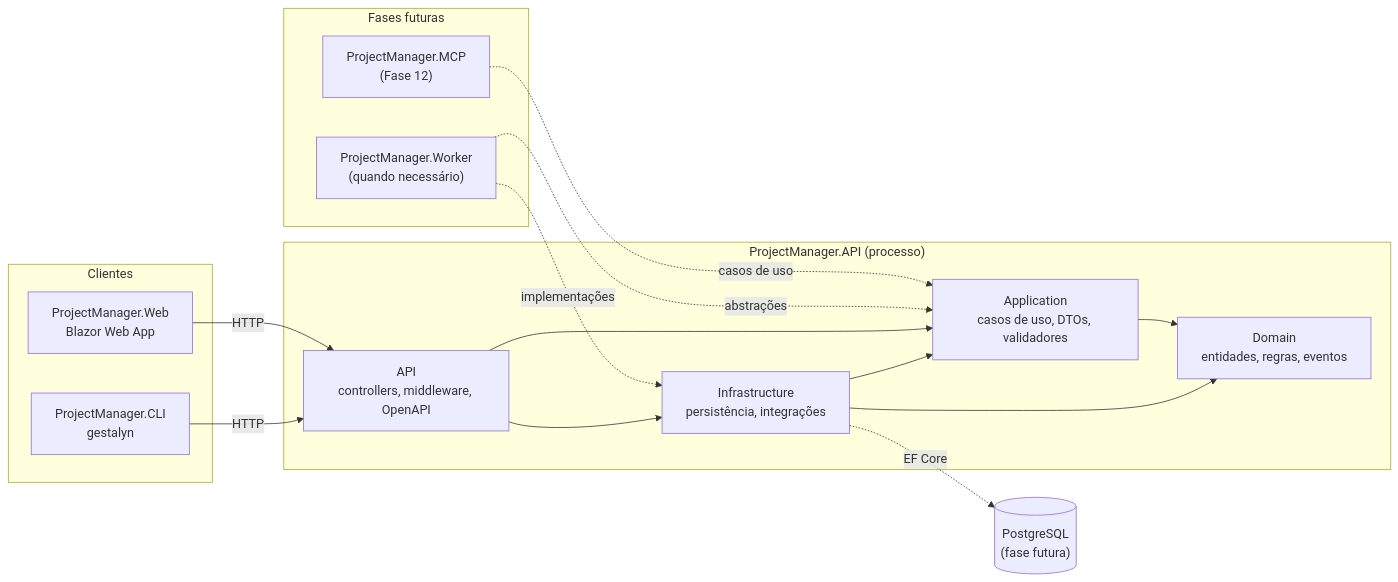
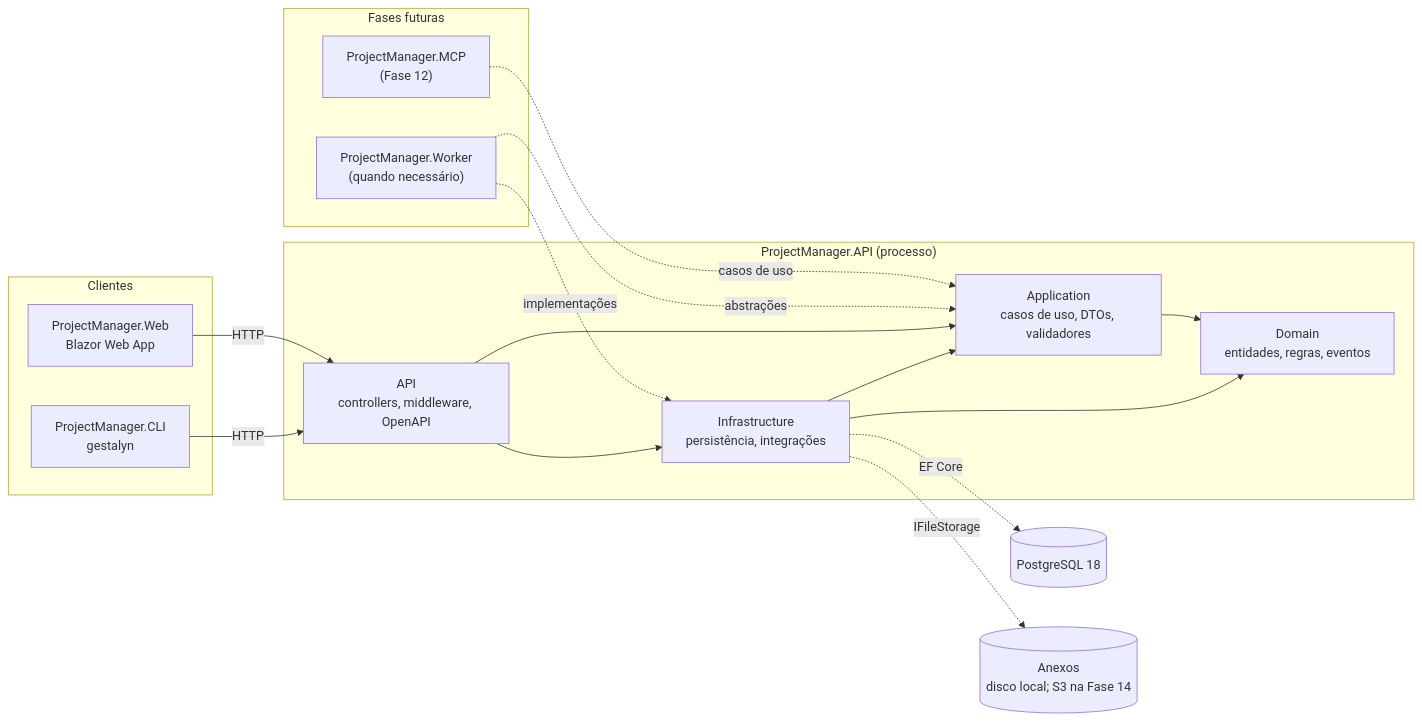
The first of 5 diagrams in docs/architecture/ARCHITECTURE.md (harrisonleandro/Gestalyn), drawn with Mermaid before and after one commit. The commit also changed other lines of this file and 5 other files, not shown here.

````diff
--- a/docs/architecture/ARCHITECTURE.md
+++ b/docs/architecture/ARCHITECTURE.md
@@ -9,33 +9,35 @@
 ```mermaid
 flowchart LR
     subgraph Clientes
         Web["ProjectManager.Web<br/>Blazor Web App"]
         CLI["ProjectManager.CLI<br/>gestalyn"]
     end
 
     subgraph Futuro["Fases futuras"]
         MCP["ProjectManager.MCP<br/>(Fase 12)"]
         Worker["ProjectManager.Worker<br/>(quando necessário)"]
     end
 
     subgraph Backend["ProjectManager.API (processo)"]
         API["API<br/>controllers, middleware, OpenAPI"]
         App["Application<br/>casos de uso, DTOs, validadores"]
         Infra["Infrastructure<br/>persistência, integrações"]
         Domain["Domain<br/>entidades, regras, eventos"]
     end
 
-    DB[("PostgreSQL<br/>(fase futura)")]
+    DB[("PostgreSQL 18")]
+    Files[("Anexos<br/>disco local; S3 na Fase 14")]
 
     Web -- HTTP --> API
     CLI -- HTTP --> API
     MCP -. casos de uso .-> App
     Worker -. abstrações .-> App
     Worker -. implementações .-> Infra
     API --> App
     API --> Infra
     Infra --> App
     App --> Domain
     Infra --> Domain
     Infra -. EF Core .-> DB
+    Infra -. IFileStorage .-> Files
 ```
````
